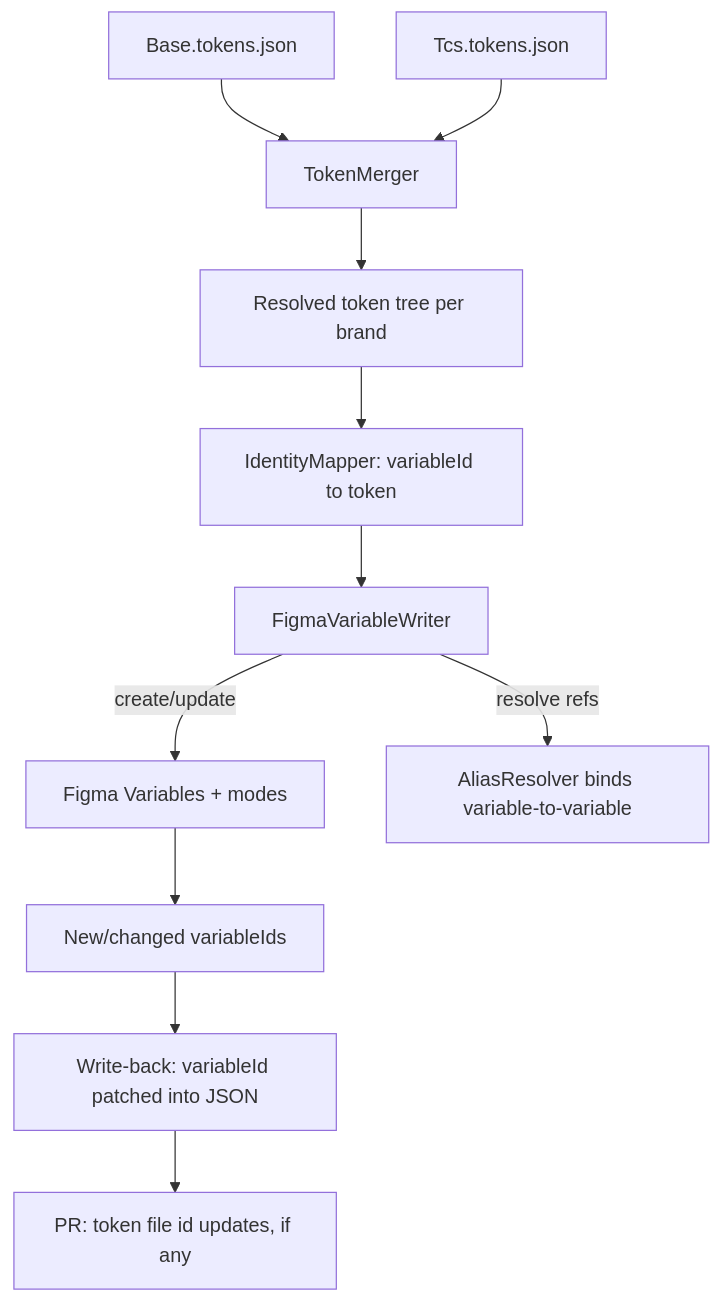
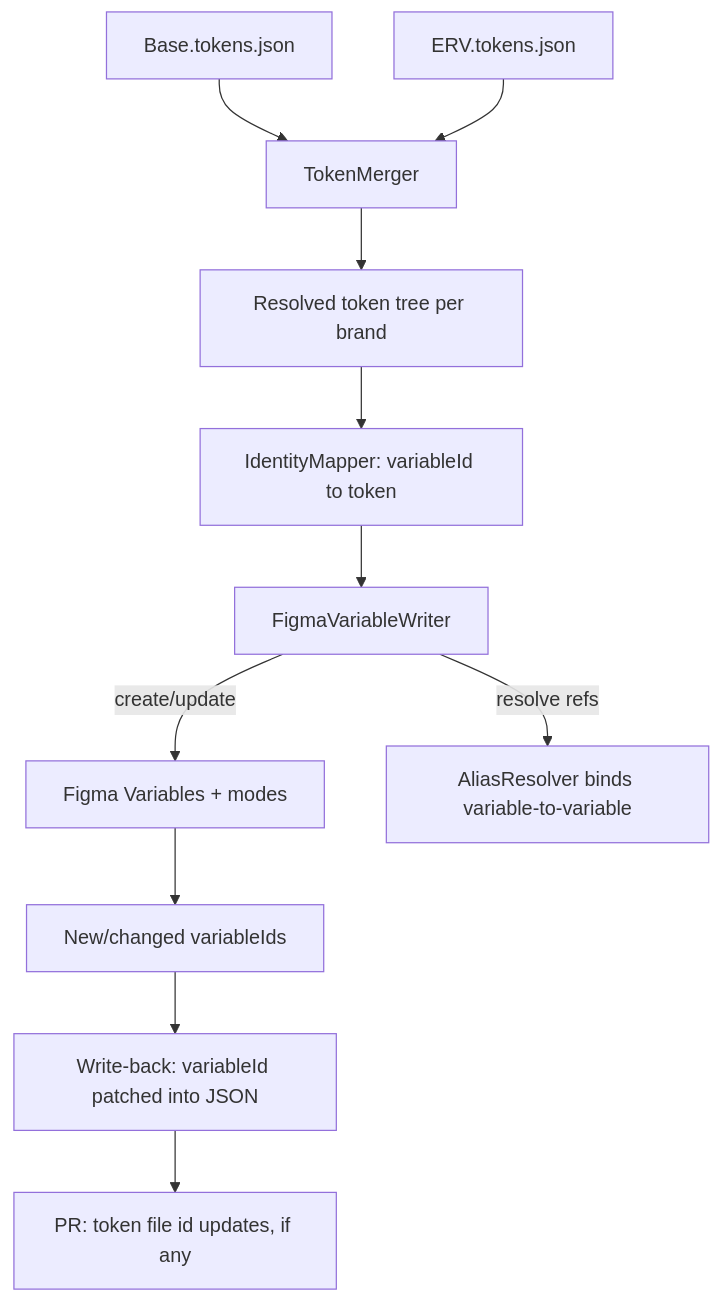
Before and after one commit to baloise/design-system: the fifth of 5 diagrams in packages/tokens/docs/figma-token-sync-plugin-plan.md, drawn with Mermaid. The commit also changed other lines of this file and 3295 other files, not shown here.

````diff
--- a/packages/tokens/docs/figma-token-sync-plugin-plan.md
+++ b/packages/tokens/docs/figma-token-sync-plugin-plan.md
@@ -161,13 +161,13 @@
 ```mermaid
 flowchart TB
     T1[Base.tokens.json] --> M[TokenMerger]
-    T2[Tcs.tokens.json] --> M
+    T2[ERV.tokens.json] --> M
     M --> R[Resolved token tree per brand]
     R --> ID[IdentityMapper: variableId to token]
     ID --> W[FigmaVariableWriter]
     W -->|create/update| V[Figma Variables + modes]
     W -->|resolve refs| AL[AliasResolver binds variable-to-variable]
     V --> S[New/changed variableIds]
     S --> BACK[Write-back: variableId patched into JSON]
     BACK --> PR1[PR: token file id updates, if any]
 ```
````
